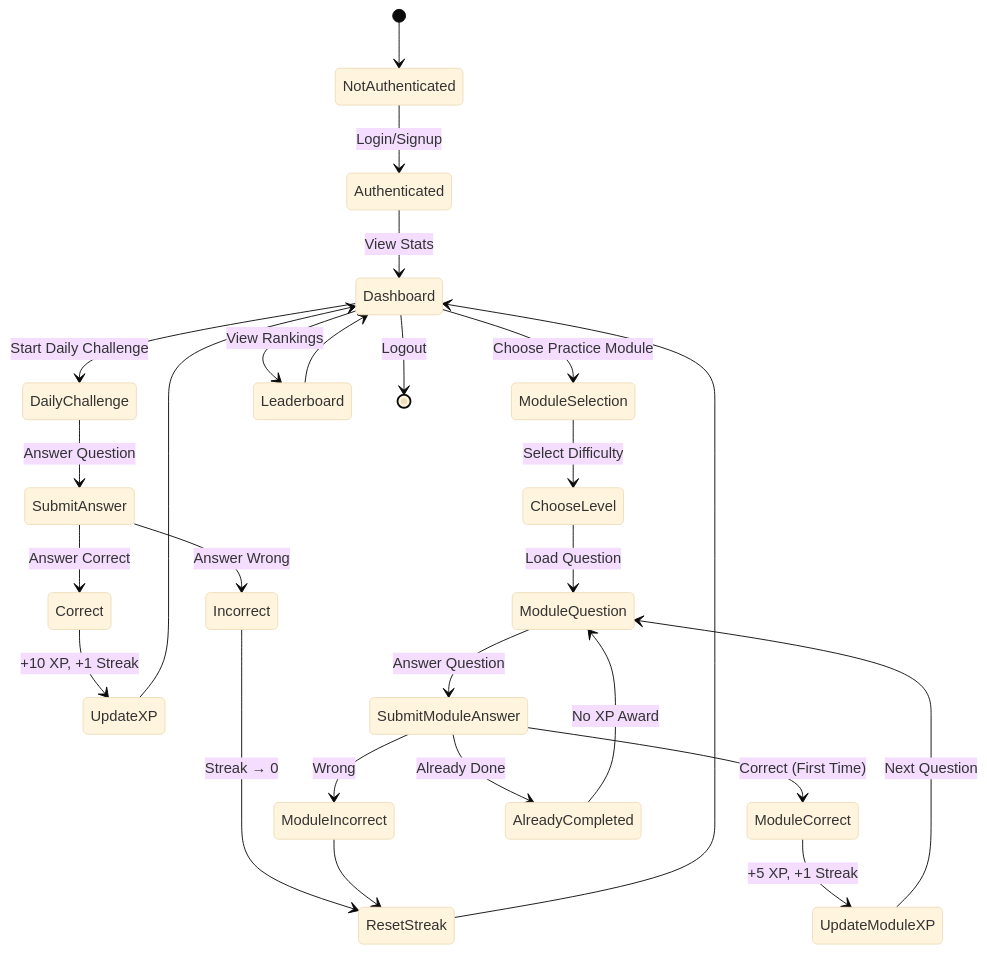
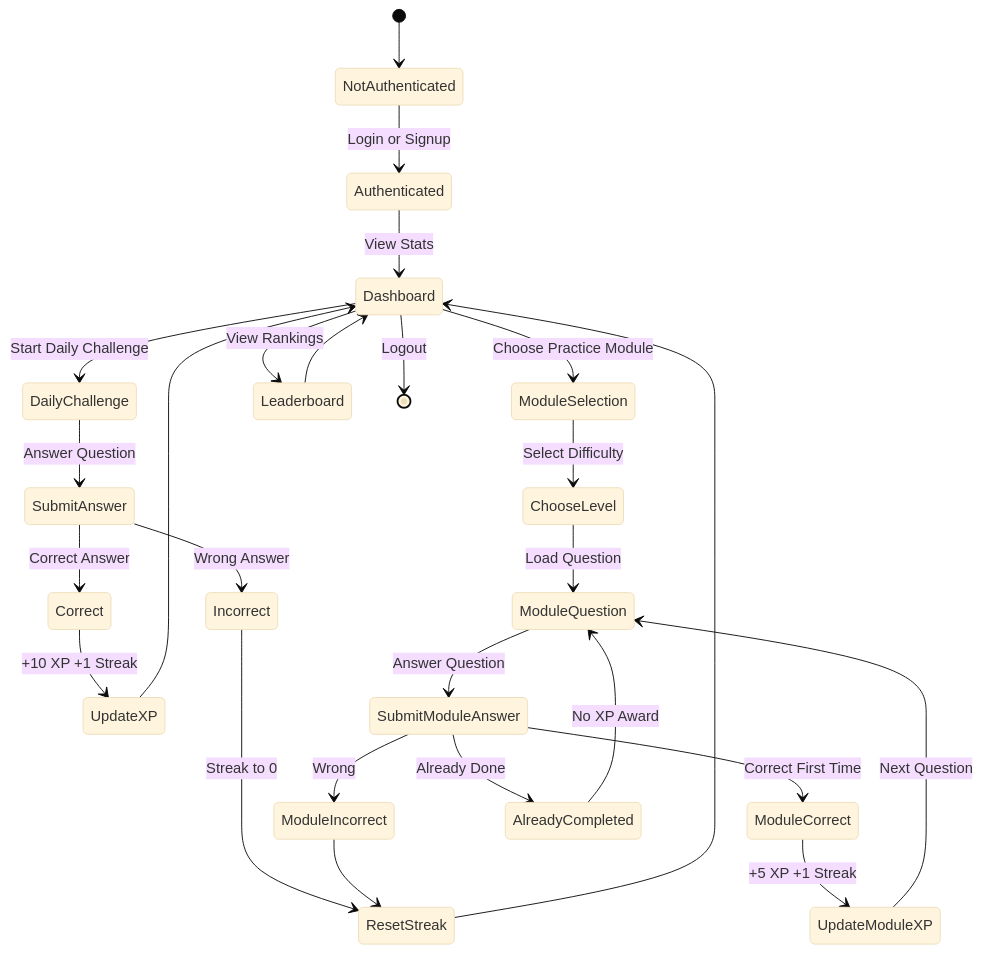
Before and after one commit to Mounikabalagani19/SkillSprint: the fifth of 5 diagrams in README.md, drawn with Mermaid (base theme). The commit also changed other lines of this file and 170 other files, not shown here.

````diff
--- a/README.md
+++ b/README.md
@@ -243,40 +209,37 @@
 ```mermaid
 stateDiagram-v2
     [*] --> NotAuthenticated
-    
-    NotAuthenticated --> Authenticated: Login/Signup
-    
+    NotAuthenticated --> Authenticated: Login or Signup
     Authenticated --> Dashboard: View Stats
     
     Dashboard --> DailyChallenge: Start Daily Challenge
     Dashboard --> ModuleSelection: Choose Practice Module
     Dashboard --> Leaderboard: View Rankings
     
     DailyChallenge --> SubmitAnswer: Answer Question
-    SubmitAnswer --> Correct: Answer Correct
-    SubmitAnswer --> Incorrect: Answer Wrong
+    SubmitAnswer --> Correct: Correct Answer
+    SubmitAnswer --> Incorrect: Wrong Answer
     
-    Correct --> UpdateXP: +10 XP, +1 Streak
-    Incorrect --> ResetStreak: Streak → 0
+    Correct --> UpdateXP: +10 XP +1 Streak
+    Incorrect --> ResetStreak: Streak to 0
     
     UpdateXP --> Dashboard
     ResetStreak --> Dashboard
     
     ModuleSelection --> ChooseLevel: Select Difficulty
     ChooseLevel --> ModuleQuestion: Load Question
     ModuleQuestion --> SubmitModuleAnswer: Answer Question
     
-    SubmitModuleAnswer --> ModuleCorrect: Correct (First Time)
+    SubmitModuleAnswer --> ModuleCorrect: Correct First Time
     SubmitModuleAnswer --> ModuleIncorrect: Wrong
     SubmitModuleAnswer --> AlreadyCompleted: Already Done
     
-    ModuleCorrect --> UpdateModuleXP: +5 XP, +1 Streak
+    ModuleCorrect --> UpdateModuleXP: +5 XP +1 Streak
     ModuleIncorrect --> ResetStreak
     AlreadyCompleted --> ModuleQuestion: No XP Award
     
     UpdateModuleXP --> ModuleQuestion: Next Question
     
     Leaderboard --> Dashboard
-    
     Dashboard --> [*]: Logout
 ```
````
